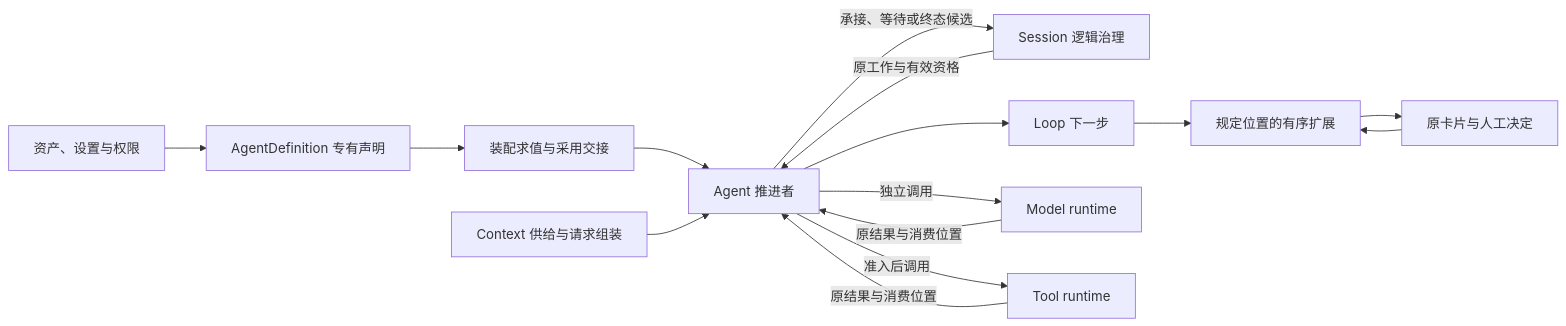
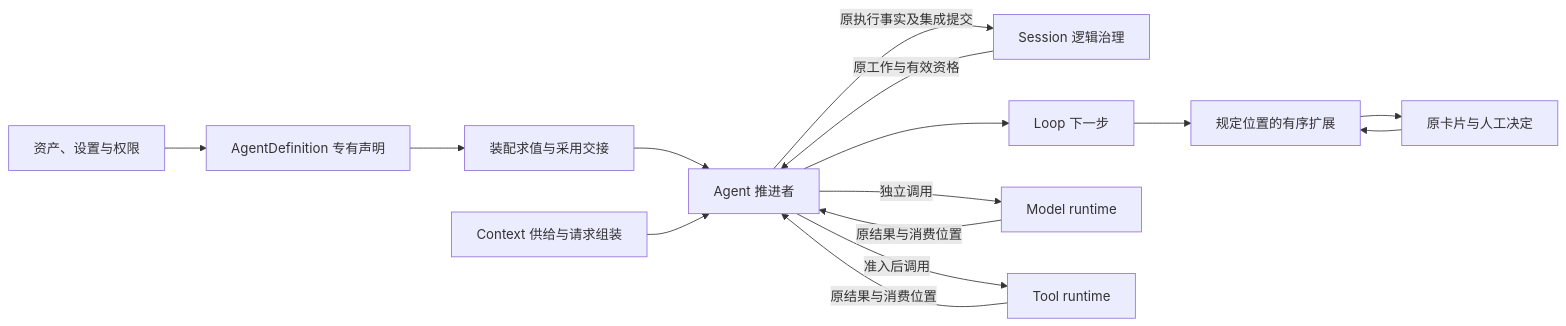
The diagram in docs/domains/agent-progression/architecture.md (nemori-ai/omne-harness-lite), drawn with Mermaid before and after one commit. The commit also changed other lines of this file and 231 other files, not shown here.

````diff
--- a/docs/domains/agent-progression/architecture.md
+++ b/docs/domains/agent-progression/architecture.md
@@ -22,17 +22,17 @@
 ```mermaid
 flowchart LR
     Assets[资产、设置与权限] --> Definition[AgentDefinition 专有声明]
     Definition --> Assembly[装配求值与采用交接]
     Assembly --> Agent[Agent 推进者]
     Session[Session 逻辑治理] -->|原工作与有效资格| Agent
     Context[Context 供给与请求组装] --> Agent
     Agent --> Loop[Loop 下一步]
     Loop --> Extensions[规定位置的有序扩展]
     Extensions --> HITL[原卡片与人工决定]
     HITL --> Extensions
     Agent -->|独立调用| Model[Model runtime]
     Agent -->|准入后调用| Tool[Tool runtime]
     Model -->|原结果与消费位置| Agent
     Tool -->|原结果与消费位置| Agent
-    Agent -->|承接、等待或终态候选| Session
+    Agent -->|原执行事实及集成提交| Session
 ```
````
